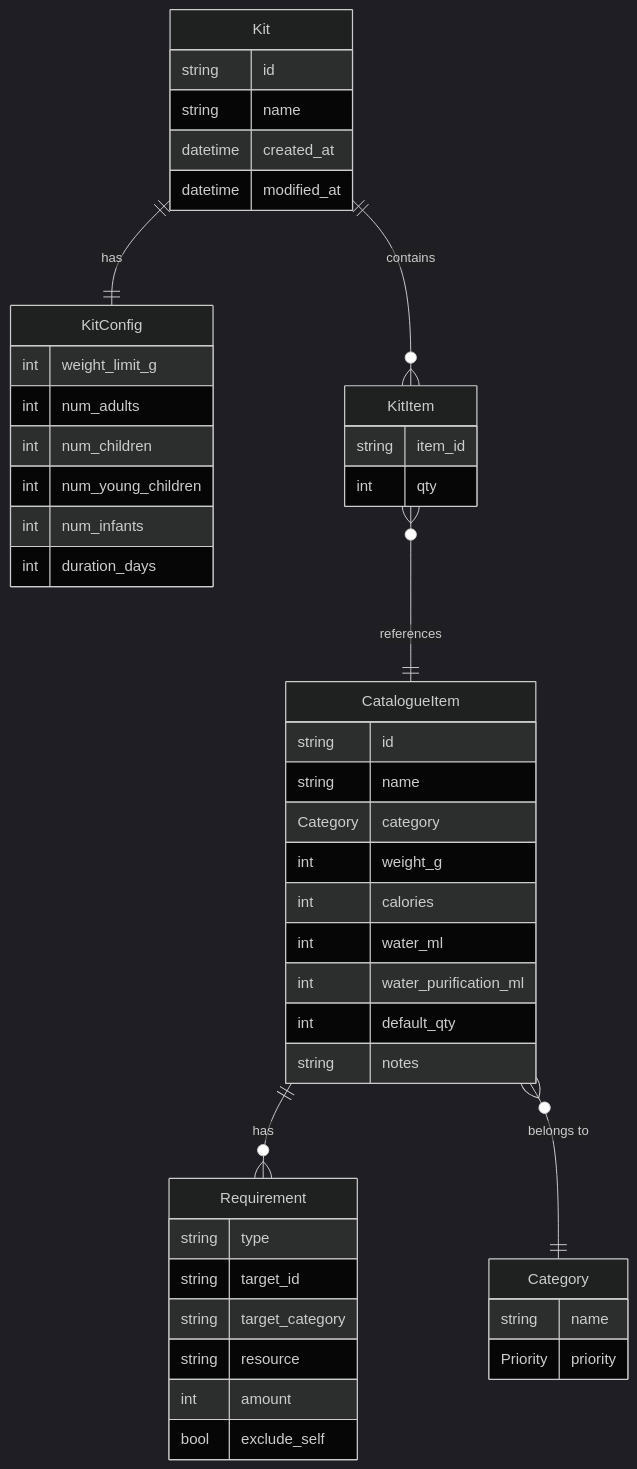
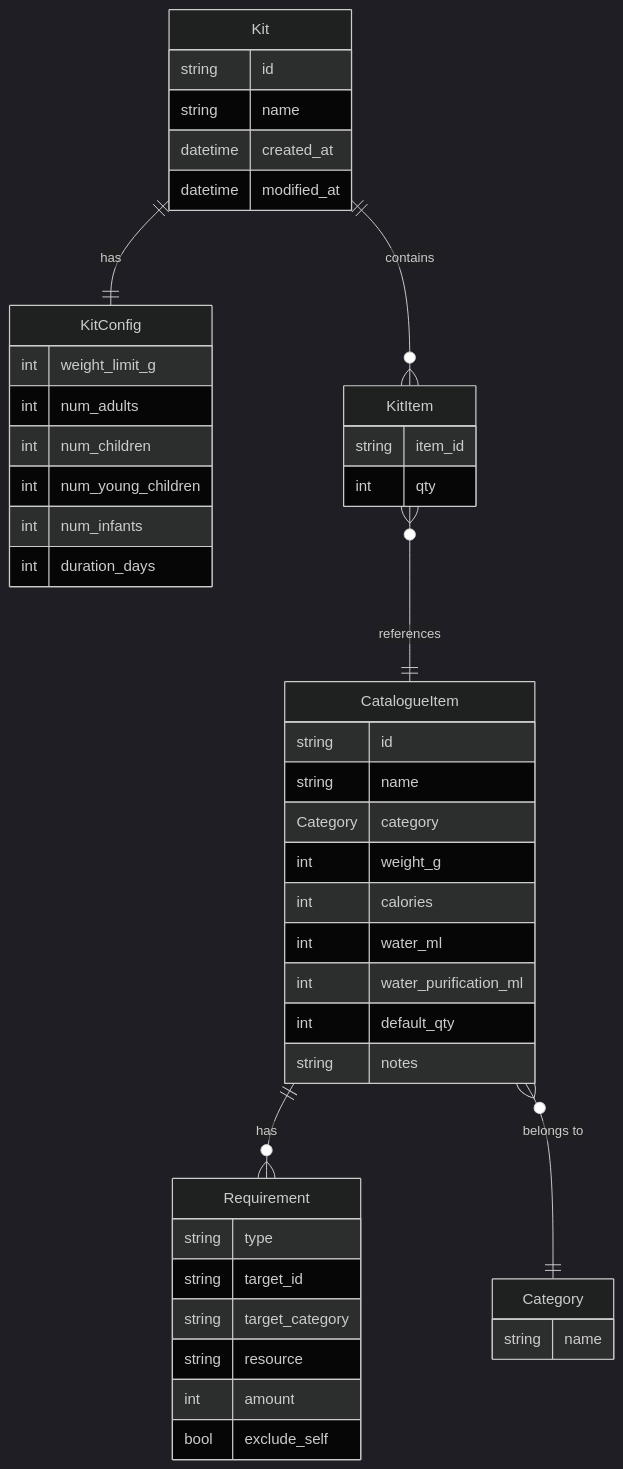
The diagram in docs/data-model.md (LisaS7/KitForge), drawn with Mermaid (dark theme) before and after one commit. The commit also changed 2 other files, not shown here.

Commit message:
Minor corrections to docs to reflect changes in decisions

````diff
--- a/docs/data-model.md
+++ b/docs/data-model.md
@@ -10,55 +10,54 @@
 ```mermaid
 erDiagram
     Kit {
         string id
         string name
         datetime created_at
         datetime modified_at
     }
 
     KitConfig {
         int weight_limit_g
         int num_adults
         int num_children
         int num_young_children
         int num_infants
         int duration_days
     }
 
     KitItem {
         string item_id
         int qty
     }
 
     CatalogueItem {
         string id
         string name
         Category category
         int weight_g
         int calories
         int water_ml
         int water_purification_ml
         int default_qty
         string notes
     }
 
     Requirement {
         string type
         string target_id
         string target_category
         string resource
         int amount
         bool exclude_self
     }
 
     Category {
         string name
-        Priority priority
     }
 
     Kit ||--|| KitConfig : "has"
     Kit ||--o{ KitItem : "contains"
     KitItem }o--|| CatalogueItem : "references"
     CatalogueItem ||--o{ Requirement : "has"
     CatalogueItem }o--|| Category : "belongs to"
 ```
````
